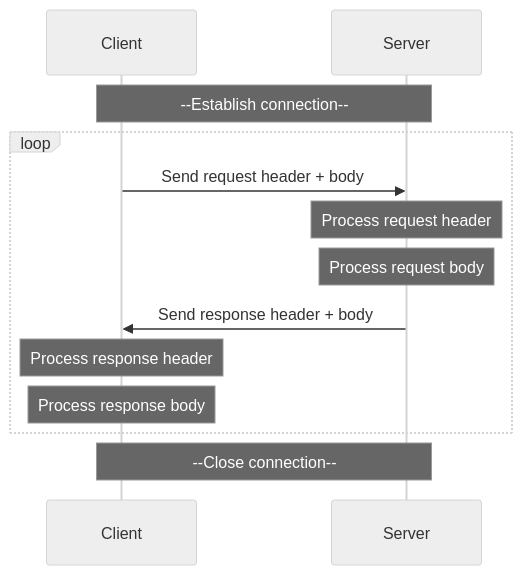
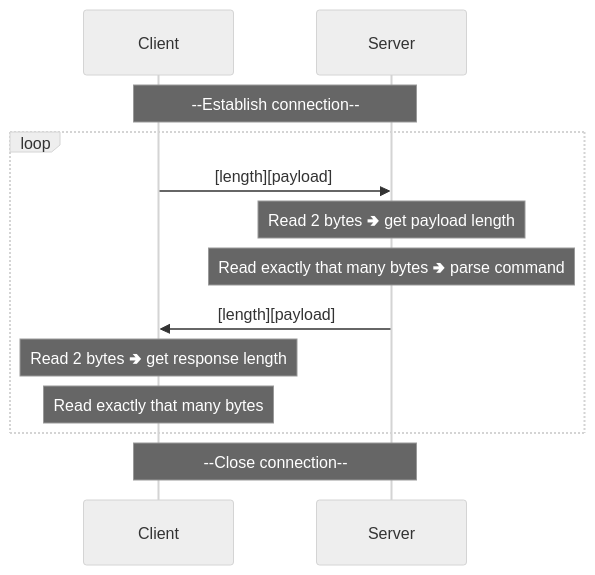
The diagram in docs/sections/custom_application-layer_protocol.md (L0bstr/clawnet), drawn with Mermaid (neutral theme) before and after one commit. The commit also changed other lines of this file and 2 other files, not shown here.

````diff
--- a/docs/sections/custom_application-layer_protocol.md
+++ b/docs/sections/custom_application-layer_protocol.md
@@ -15,18 +22,15 @@
 ```mermaid
 sequenceDiagram
     participant C as Client
     participant S as Server
-
     Note over S, C: --Establish connection--
-
     loop
-        C->>S: Send request header + body
-        Note over S: Process request header
-        Note over S: Process request body
-        S->>C: Send response header + body
-        Note over C: Process response header
-        Note over C: Process response body
+        C->>S: [length][payload]
+        Note over S: Read 2 bytes 🢂 get payload length
+        Note over S: Read exactly that many bytes 🢂 parse command
+        S->>C: [length][payload]
+        Note over C: Read 2 bytes 🢂 get response length
+        Note over C: Read exactly that many bytes
     end
-
     Note over S, C: --Close connection--
 ```
````
